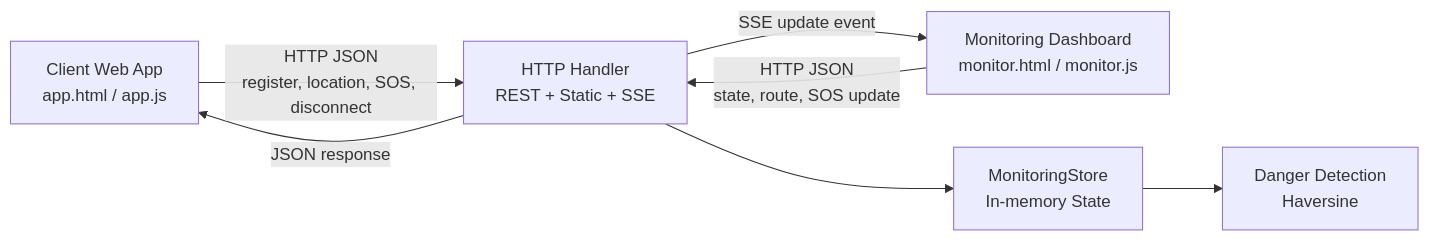
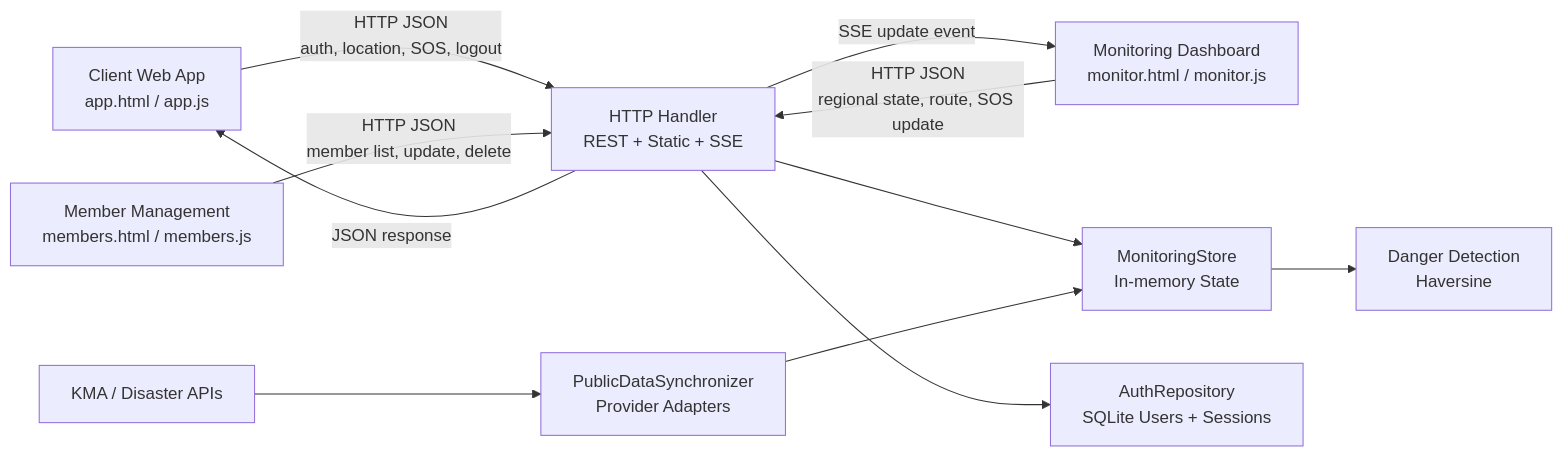
Before and after one commit to xweoze/real-time-monitoring-system: the first of 11 diagrams in Design_22212023_김지훈.md, drawn with Mermaid. The commit also changed other lines of this file and 15 other files, not shown here.

````diff
--- a/Design_22212023_김지훈.md
+++ b/Design_22212023_김지훈.md
@@ -82,15 +82,23 @@
 ```mermaid
 flowchart LR
     Client["Client Web App<br/>app.html / app.js"]
     Monitor["Monitoring Dashboard<br/>monitor.html / monitor.js"]
     Handler["HTTP Handler<br/>REST + Static + SSE"]
     Store["MonitoringStore<br/>In-memory State"]
+    Auth["AuthRepository<br/>SQLite Users + Sessions"]
+    Members["Member Management<br/>members.html / members.js"]
+    PublicSync["PublicDataSynchronizer<br/>Provider Adapters"]
+    PublicAPI["KMA / Disaster APIs"]
     Detector["Danger Detection<br/>Haversine"]
 
-    Client -->|"HTTP JSON<br/>register, location, SOS, disconnect"| Handler
-    Monitor -->|"HTTP JSON<br/>state, route, SOS update"| Handler
+    Client -->|"HTTP JSON<br/>auth, location, SOS, logout"| Handler
+    Monitor -->|"HTTP JSON<br/>regional state, route, SOS update"| Handler
+    Members -->|"HTTP JSON<br/>member list, update, delete"| Handler
     Handler --> Store
+    Handler --> Auth
     Store --> Detector
+    PublicAPI --> PublicSync
+    PublicSync --> Store
     Handler -->|"JSON response"| Client
     Handler -->|"SSE update event"| Monitor
 ```
````
